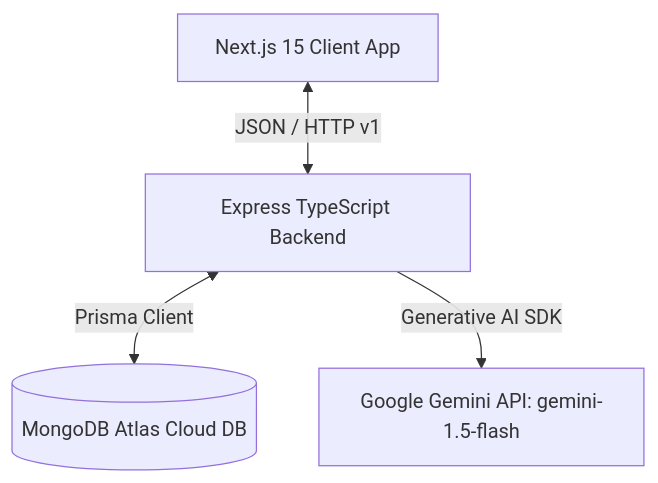
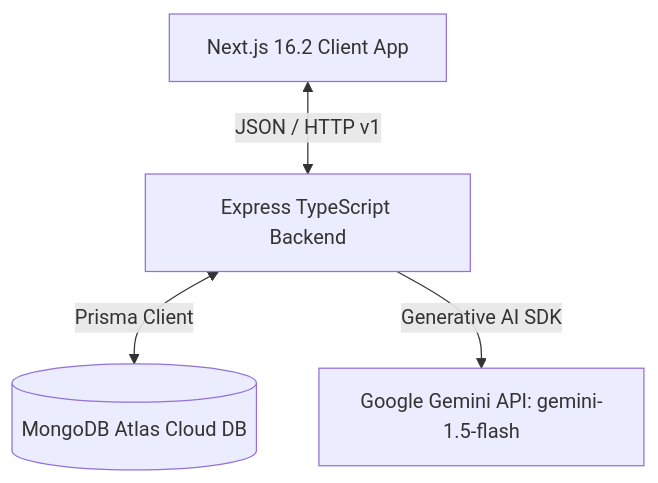
The first of 6 diagrams in README.md (varshiniv197-beep/StadiumIQ-AI), drawn with Mermaid before and after one commit. The commit also changed other lines of this file, not shown here.

````diff
--- a/README.md
+++ b/README.md
@@ -69,6 +97,6 @@
 ```mermaid
 graph TD
-    Client[Next.js 15 Client App] <-->|JSON / HTTP v1| Express[Express TypeScript Backend]
+    Client[Next.js 16.2 Client App] <-->|JSON / HTTP v1| Express[Express TypeScript Backend]
     Express <-->|Prisma Client| DB[(MongoDB Atlas Cloud DB)]
     Express -->|Generative AI SDK| Gemini[Google Gemini API: gemini-1.5-flash]
 ```
````
